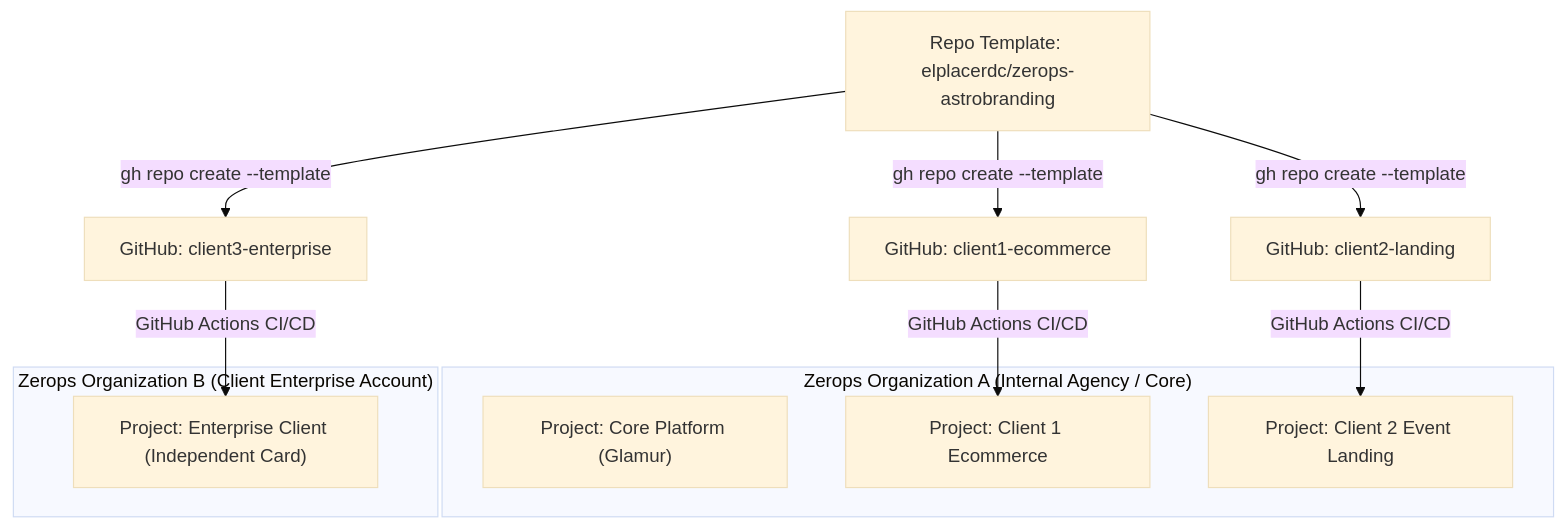
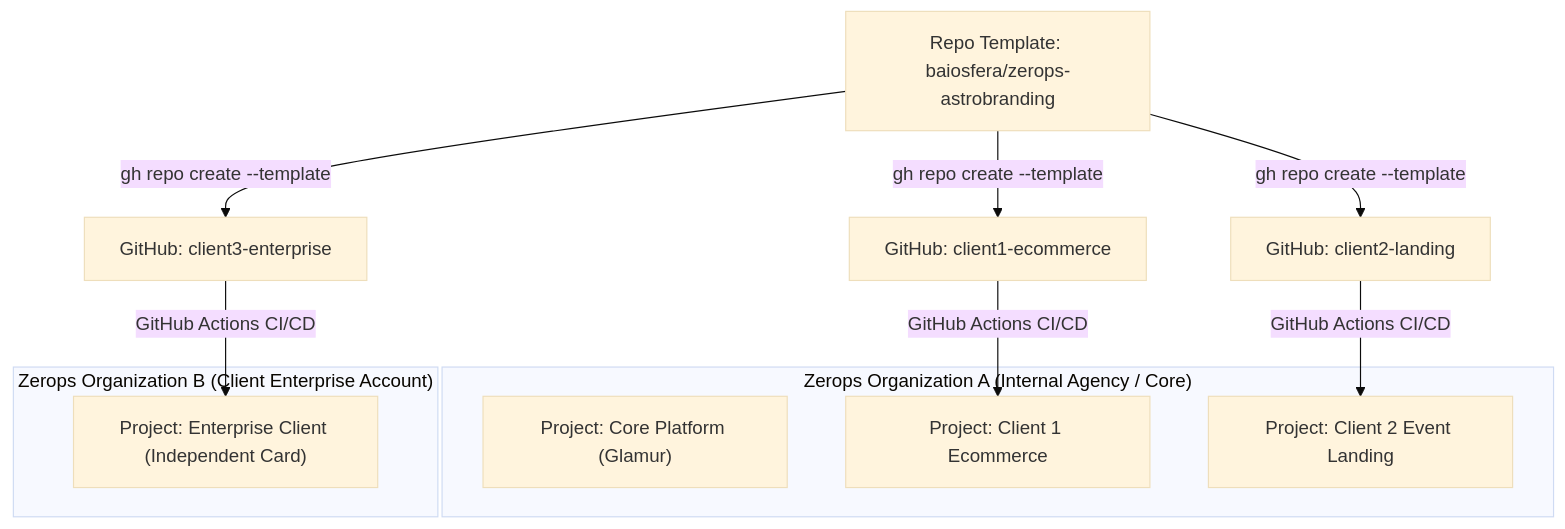
Before and after one commit to baiosfera/zerops-astrobranding: the diagram in README.md, drawn with Mermaid (base theme). The commit also changed other lines of this file and 6 other files, not shown here.

````diff
--- a/README.md
+++ b/README.md
@@ -79,19 +79,19 @@
 ```mermaid
 graph TD
     subgraph Org1["Zerops Organization A (Internal Agency / Core)"]
         ProjCore["Project: Core Platform (Glamur)"]
         ProjClient1["Project: Client 1 Ecommerce"]
         ProjClient2["Project: Client 2 Event Landing"]
     end
     subgraph Org2["Zerops Organization B (Client Enterprise Account)"]
         ProjClient3["Project: Enterprise Client (Independent Card)"]
     end
     
-    Template["Repo Template: elplacerdc/zerops-astrobranding"] -->|gh repo create --template| RepoClient1["GitHub: client1-ecommerce"]
+    Template["Repo Template: baiosfera/zerops-astrobranding"] -->|gh repo create --template| RepoClient1["GitHub: client1-ecommerce"]
     Template -->|gh repo create --template| RepoClient2["GitHub: client2-landing"]
     Template -->|gh repo create --template| RepoClient3["GitHub: client3-enterprise"]
     
     RepoClient1 -->|GitHub Actions CI/CD| ProjClient1
     RepoClient2 -->|GitHub Actions CI/CD| ProjClient2
     RepoClient3 -->|GitHub Actions CI/CD| ProjClient3
 ```
````
